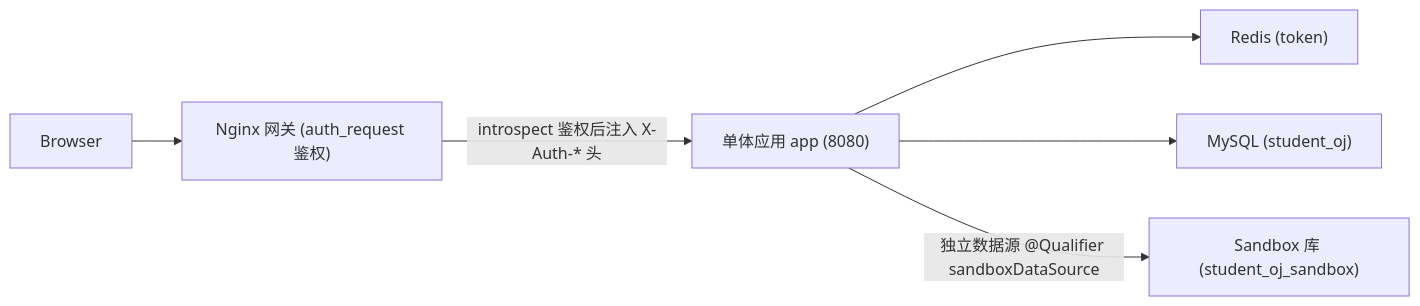
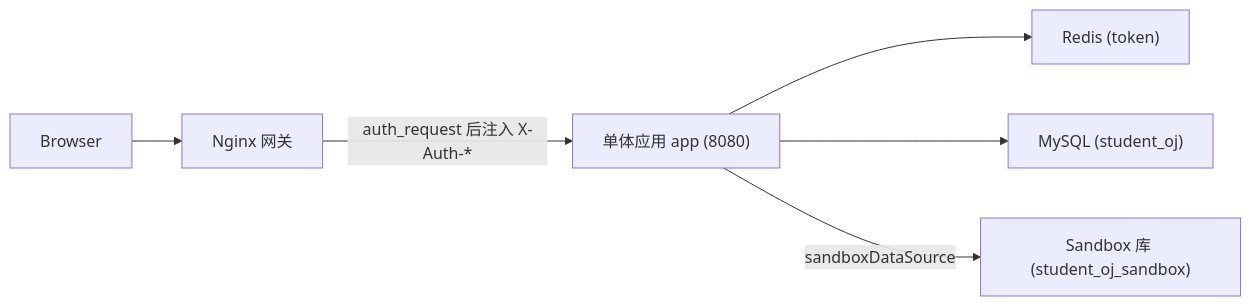
The diagram in README.md (shuliza/students-oj), drawn with Mermaid before and after one commit. The commit also changed other lines of this file and 217 other files, not shown here.

````diff
--- a/README.md
+++ b/README.md
@@ -119,15 +116,15 @@
 ```mermaid
 flowchart LR
   Browser["Browser"]
-  Nginx["Nginx 网关 (auth_request 鉴权)"]
+  Nginx["Nginx 网关"]
   App["单体应用 app (8080)"]
   Redis["Redis (token)"]
   MySQL["MySQL (student_oj)"]
   Sandbox["Sandbox 库 (student_oj_sandbox)"]
 
   Browser --> Nginx
-  Nginx -->|introspect 鉴权后注入 X-Auth-* 头| App
+  Nginx -->|auth_request 后注入 X-Auth-*| App
   App --> Redis
   App --> MySQL
-  App -->|独立数据源 @Qualifier sandboxDataSource| Sandbox
+  App -->|sandboxDataSource| Sandbox
 ```
````
